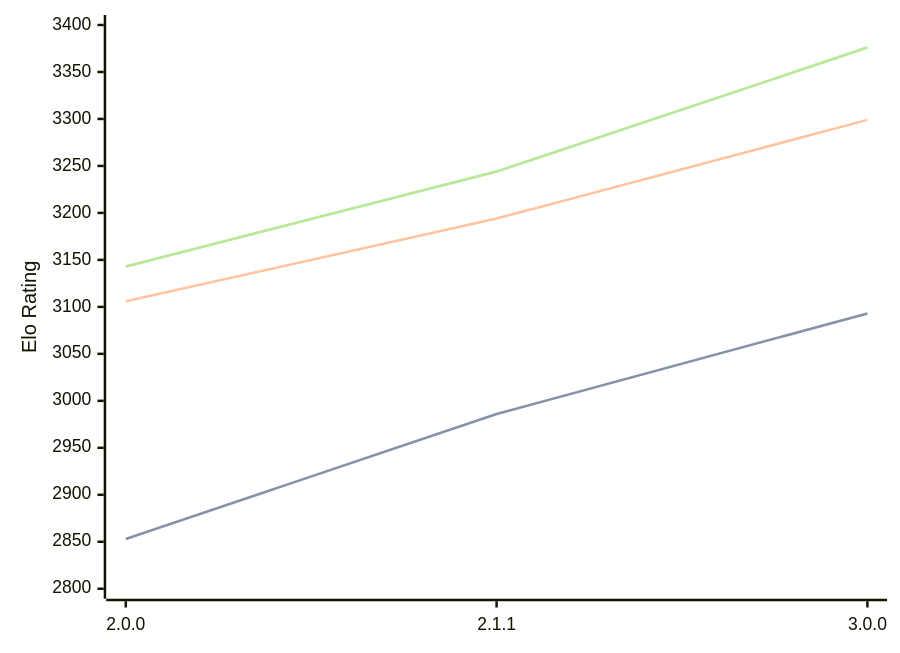
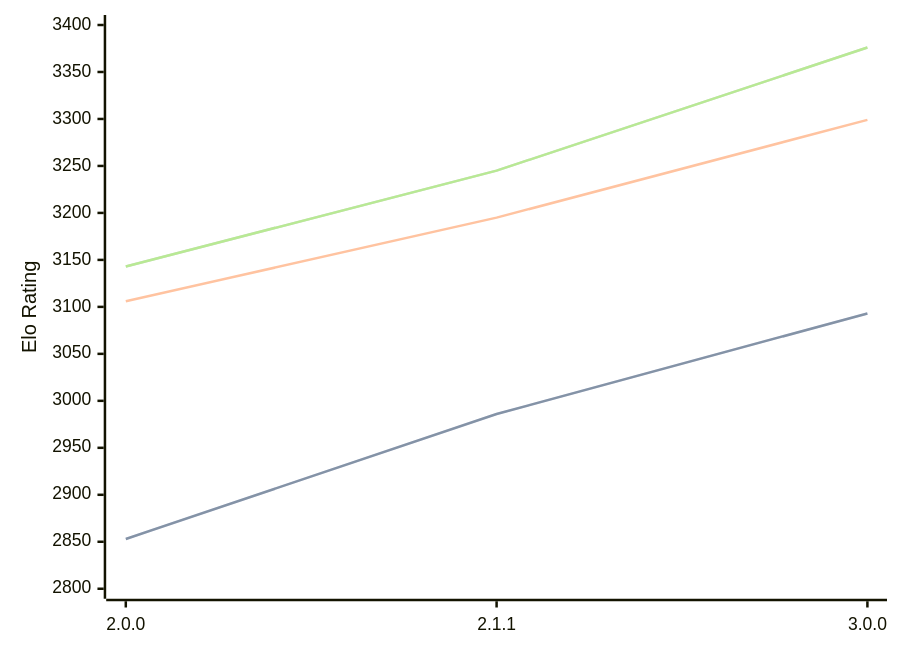
The diagram in engines/Bread.md (computer-chess-index/cci), drawn with Mermaid before and after one commit. The commit also changed other lines of this file, not shown here.

Commit message:
Update CCI Ratings (ELO VLTC) - 2026-07-26

````diff
--- a/engines/Bread.md
+++ b/engines/Bread.md
@@ -53,11 +53,11 @@
 ```mermaid
 %%{init: {"theme":"base","themeVariables":{"seriesColors:['#a3a3a3','#222221','#faa371']}}}%%
 xychart-beta
   x-axis ["2.0.0", "2.1.1", "3.0.0"]
   y-axis "Elo Rating" 2800 --> 3400
   line "STC (8.0+0.08s)" [2853, 2986, 3093]
   line "STC (8.0+0.08s)" [2853, 2986, 3093]
-  line "LTC (60.0+0.60s)" [3106, 3194, 3299]
-  line "VLTC (2m24s+1.12s)" [3143, 3244, 3376]
-  line "VLTC (2m24s+1.12s)" [3143, 3244, 3376]
+  line "LTC (60.0+0.60s)" [3106, 3195, 3299]
+  line "VLTC (2m24s+1.12s)" [3143, 3245, 3376]
+  line "VLTC (2m24s+1.12s)" [3143, 3245, 3376]
 ```
````
